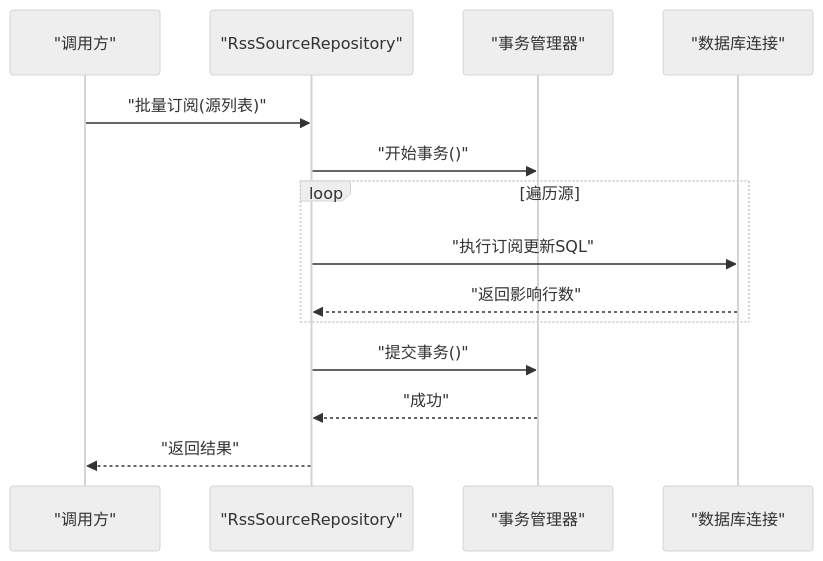
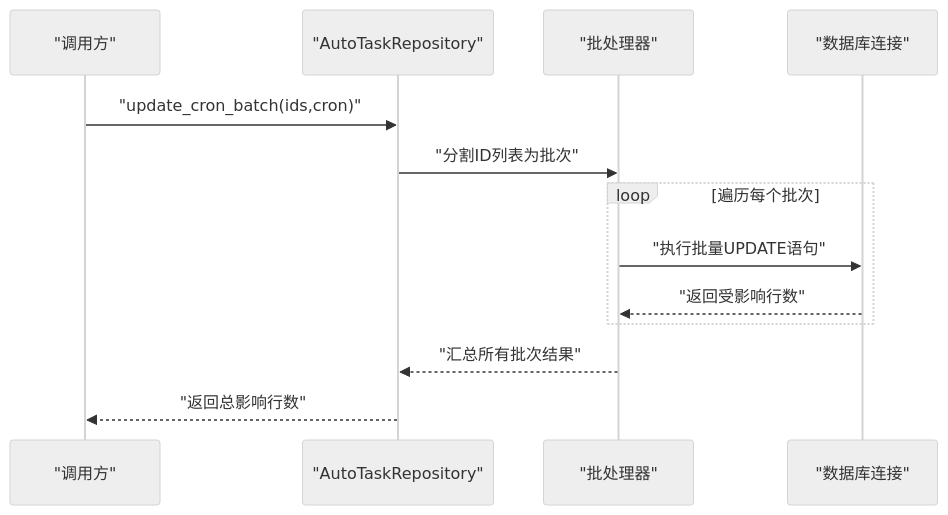
One commit to ZhangGHGitHub/LegadoTeamFlutter changed the fifth of 7 diagrams in .qoder/repowiki/zh/content/Rust核心库/数据库层/Repository模式实现.md. Above: the diagram before and after it, drawn with Mermaid (neutral theme). The commit also changed other lines of this file and 173 other files, not shown here.

````diff
--- a/.qoder/repowiki/zh/content/Rust核心库/数据库层/Repository模式实现.md
+++ b/.qoder/repowiki/zh/content/Rust核心库/数据库层/Repository模式实现.md
@@ -264,16 +321,15 @@
 ```mermaid
 sequenceDiagram
 participant Caller as "调用方"
-participant Repo as "RssSourceRepository"
-participant Tx as "事务管理器"
+participant Repo as "AutoTaskRepository"
+participant Batch as "批处理器"
 participant DB as "数据库连接"
-Caller->>Repo : "批量订阅(源列表)"
-Repo->>Tx : "开始事务()"
-loop 遍历源
-Repo->>DB : "执行订阅更新SQL"
-DB-->>Repo : "返回影响行数"
+Caller->>Repo : "update_cron_batch(ids,cron)"
+Repo->>Batch : "分割ID列表为批次"
+loop 遍历每个批次
+Batch->>DB : "执行批量UPDATE语句"
+DB-->>Batch : "返回受影响行数"
 end
-Repo->>Tx : "提交事务()"
-Tx-->>Repo : "成功"
-Repo-->>Caller : "返回结果"
+Batch-->>Repo : "汇总所有批次结果"
+Repo-->>Caller : "返回总影响行数"
 ```
````
